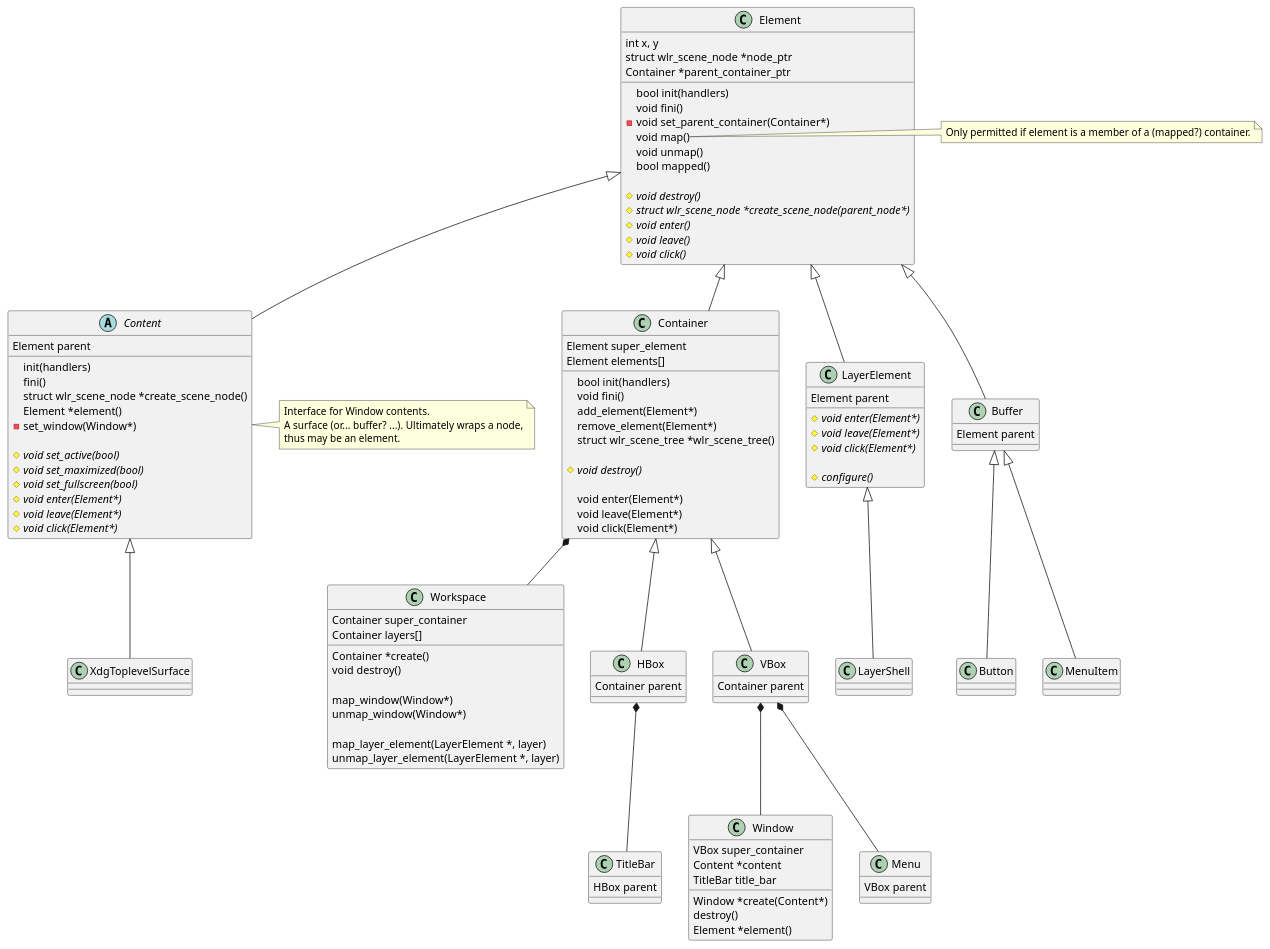
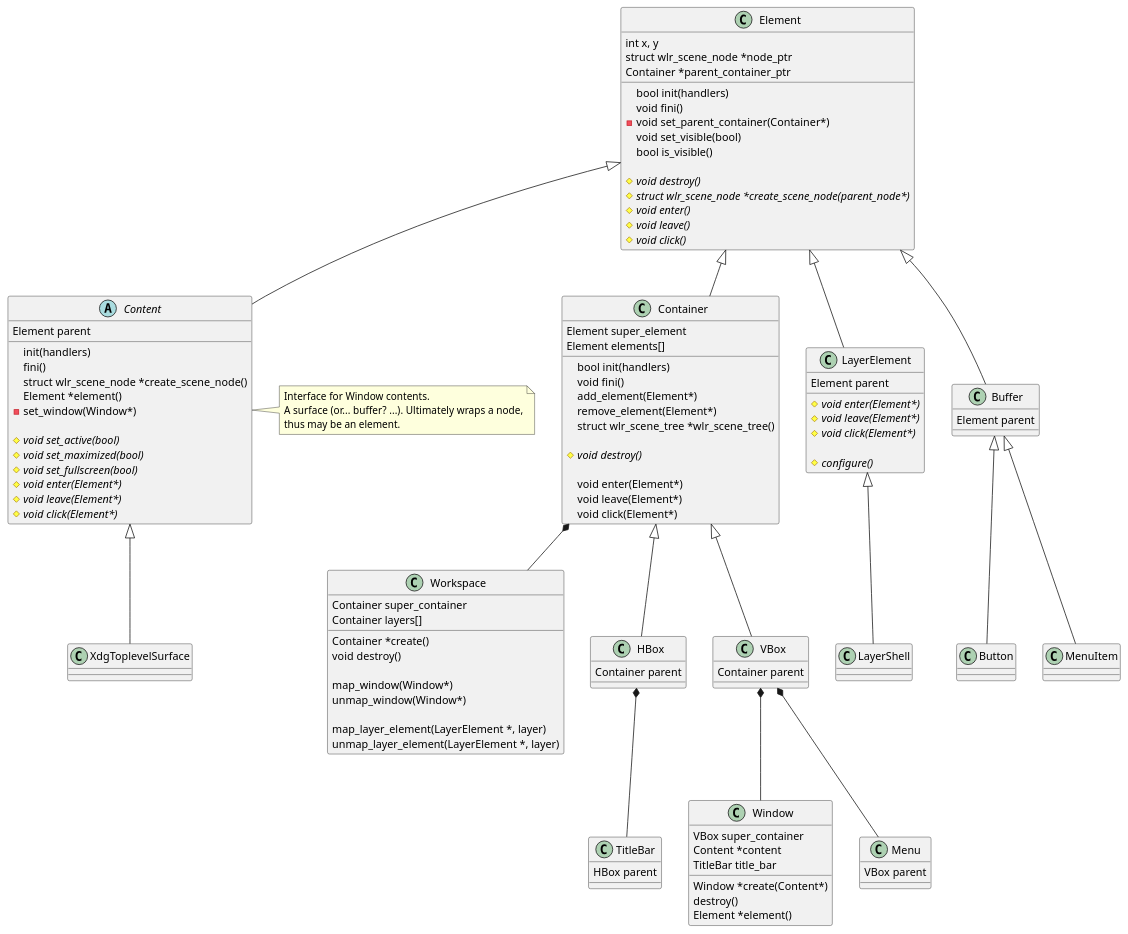
The first of 2 diagrams in src/toolkit/toolkit.md (phkaeser/wlmaker), drawn with PlantUML before and after one commit. The commit also changed other lines of this file, not shown here.

Commit message:
Updates design for toolkit, preparing for the map() -> set_visible() move and automatic node initialization.

```diff
--- a/src/toolkit/toolkit.md
+++ b/src/toolkit/toolkit.md
@@ -31,9 +31,8 @@
   bool init(handlers)
   void fini()
   -void set_parent_container(Container*)
-  void map()
-  void unmap()
-  bool mapped()
+  void set_visible(bool)
+  bool is_visible()
 
   {abstract}#void destroy()
   {abstract}#struct wlr_scene_node *create_scene_node(parent_node*)
@@ -41,8 +40,17 @@
   {abstract}#void leave()
   {abstract}#void click()
 }
-note right of Element::"map()"
-  Only permitted if element is a member of a (mapped?) container.
+note right of Element::"set_parent_container()"
+  If the parent is already part of the scene graph, this will also
+  invoke create_scene_node.
+note right of Element::"set_visible()"
+  Marks the element as visible.
+
+  If this element is already part of the scene graph, will adjust the
+  visibility of the node. Otherwise, if the parent is already part of the
+  scene graph (parent_container_ptr->wlr_scene_tree() is not NULL), this will
+  also invoke create_scene_node to create the scene node.
+  And then set visibility accordingly.
 end note
 
 class Container {
@@ -54,7 +62,7 @@
   add_element(Element*)
   remove_element(Element*)
   struct wlr_scene_tree *wlr_scene_tree()
-  
+
   {abstract}#void destroy()
 
   void enter(Element*)
@@ -62,6 +70,10 @@
   void click(Element*)
 }
 Element <|-- Container
+note right of Element::"add_element(Element*)"
+  If the super_element is already part of the scene graph, this will also
+  invoke the added element's create_scene_node.
+end note
 
 class Workspace {
   Container super_container
@@ -144,9 +156,9 @@
   VBox super_container
   Content *content
   TitleBar title_bar
-  
+
   Window *create(Content*)
-  destroy() 
+  destroy()
   Element *element()
 }
 VBox *-- Window
```
